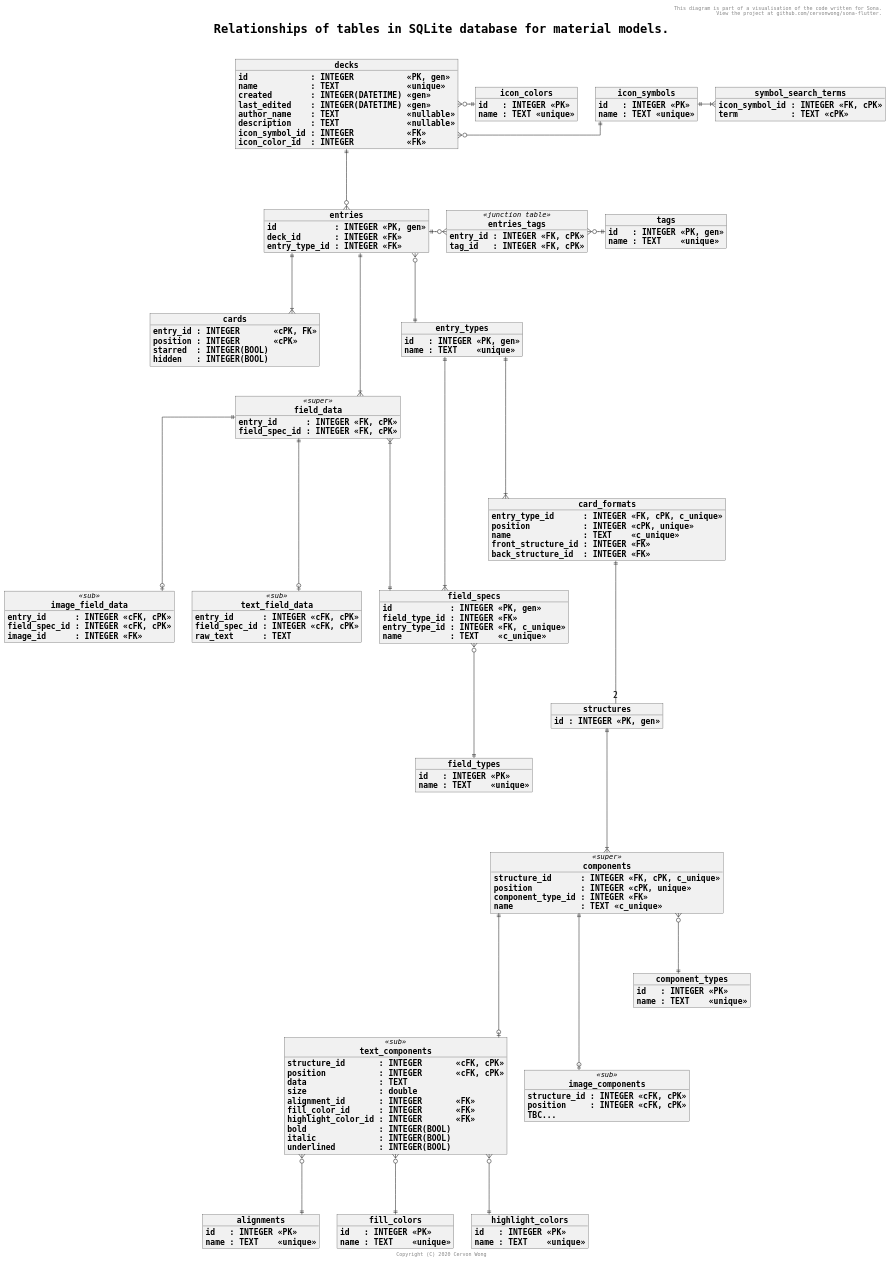
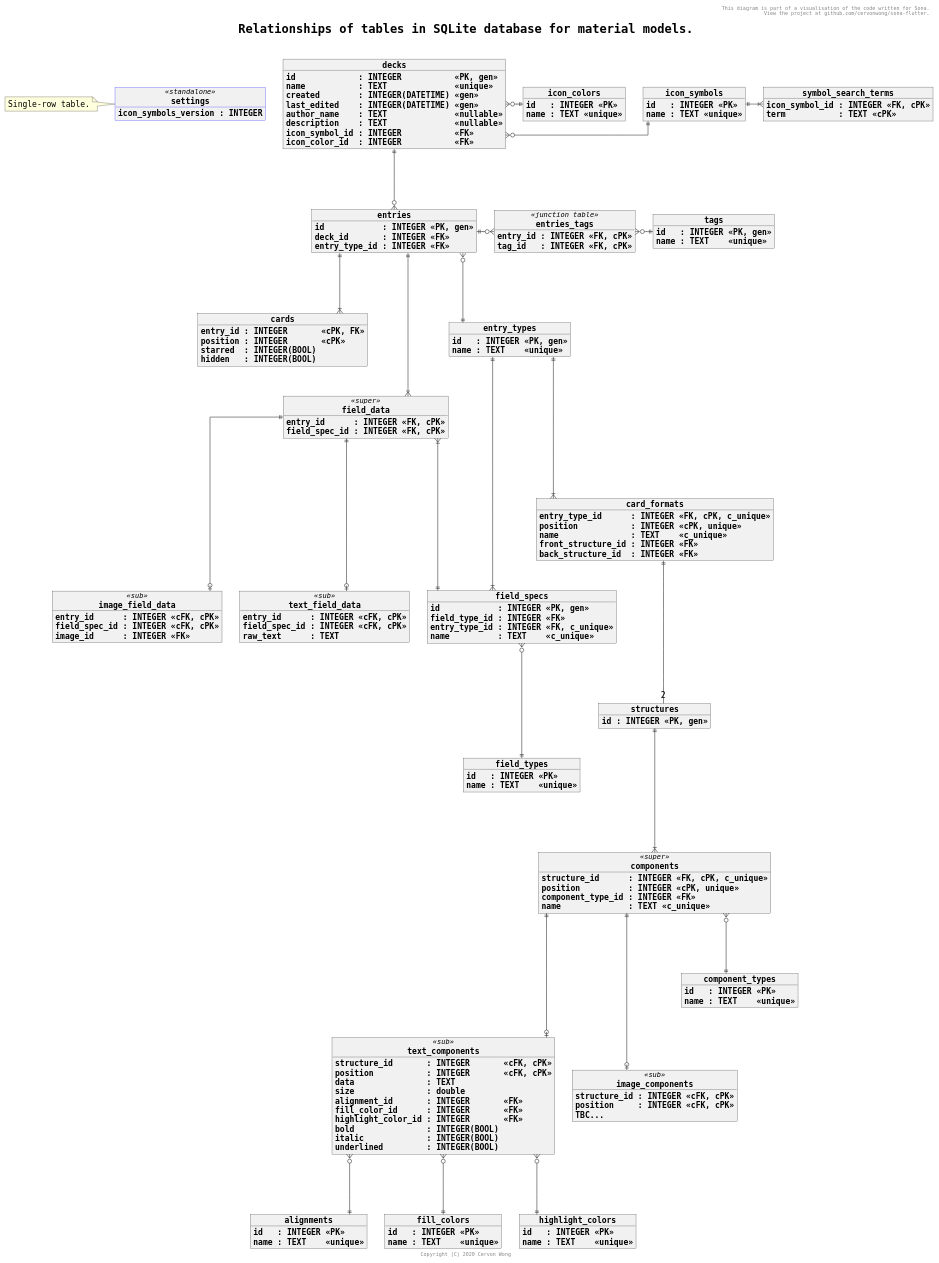
The diagram in puml/material_database.puml (cervonwong/sona-flutter), drawn with PlantUML before and after one commit. The commit also changed 1 other file, not shown here.

Commit message:
Docs(puml): Add settings table

```diff
--- a/puml/material_database.puml
+++ b/puml/material_database.puml
@@ -1,183 +1,192 @@
 @startuml
 
 skinparam wrapWidth 1000
 skinparam defaultFontName Monospaced
 skinparam defaultFontSize 16
 skinparam objectStereotypeFontSize 14
 skinparam titleFontSize 24
 skinparam titleFontStyle bold
 skinparam objectFontStyle bold
+skinparam objectBorderColor<<standalone>> blue
 skinparam linetype ortho
 skinparam shadowing false
 
 header This diagram is part of a visualisation of the code written for Sona.\n View the project at github.com/cervonwong/sona-flutter.
 title Relationships of tables in SQLite database for material models.\n
 footer Copyright (C) 2020 Cervon Wong
+
+object settings <<standalone>> {
+    icon_symbols_version : INTEGER
+}
+
+note left of settings
+    Single-row table.
+endnote
 
 object decks {
 	id             : INTEGER           <<PK, gen>>
 	name           : TEXT              <<unique>>
 	created        : INTEGER(DATETIME) <<gen>>
 	last_edited    : INTEGER(DATETIME) <<gen>>
 	author_name    : TEXT              <<nullable>>
 	description    : TEXT              <<nullable>>
 	icon_symbol_id : INTEGER           <<FK>>
 	icon_color_id  : INTEGER           <<FK>>
 }
 
 object icon_symbols {
 	id   : INTEGER <<PK>>
 	name : TEXT <<unique>>
 }
 
 object icon_colors {
 	id   : INTEGER <<PK>>
 	name : TEXT <<unique>>
 }
 
 object symbol_search_terms {
 	icon_symbol_id : INTEGER <<FK, cPK>>
 	term           : TEXT <<cPK>>
 }
 
 object entries {
 	id            : INTEGER <<PK, gen>>
 	deck_id       : INTEGER <<FK>>
 	entry_type_id : INTEGER <<FK>>
 }
 
 object cards {
 	entry_id : INTEGER       <<cPK, FK>>
 	position : INTEGER       <<cPK>>
 	starred  : INTEGER(BOOL)
 	hidden   : INTEGER(BOOL)
 }
 
 object tags {
 	id   : INTEGER <<PK, gen>>
 	name : TEXT    <<unique>>
 }
 
 object entries_tags <<junction table>> {
 	entry_id : INTEGER <<FK, cPK>>
 	tag_id   : INTEGER <<FK, cPK>>
 }
 
 object field_specs {
 	id            : INTEGER <<PK, gen>>
 	field_type_id : INTEGER <<FK>>
 	entry_type_id : INTEGER <<FK, c_unique>>
 	name          : TEXT    <<c_unique>>
 }
 
 object field_types {
 	id   : INTEGER <<PK>>
 	name : TEXT    <<unique>>
 }
 
 object field_data <<super>> {
 	entry_id      : INTEGER <<FK, cPK>>
     field_spec_id : INTEGER <<FK, cPK>>
     ' Get field_type_id from field_specs table.
 }
 
 object text_field_data <<sub>> {
 	entry_id      : INTEGER <<cFK, cPK>>
     field_spec_id : INTEGER <<cFK, cPK>>
 	raw_text      : TEXT
 }
 
 object image_field_data <<sub>> {
 	entry_id      : INTEGER <<cFK, cPK>>
     field_spec_id : INTEGER <<cFK, cPK>>
 	image_id      : INTEGER <<FK>>
 }
 
 object entry_types {
 	id   : INTEGER <<PK, gen>>
 	name : TEXT    <<unique>>
 }
 
 object card_formats {
 	entry_type_id      : INTEGER <<FK, cPK, c_unique>>
 	position           : INTEGER <<cPK, unique>>
 	name               : TEXT    <<c_unique>>
 	front_structure_id : INTEGER <<FK>>
 	back_structure_id  : INTEGER <<FK>>
 }
 
 object structures {
 	id : INTEGER <<PK, gen>>
 }
 
 object components <<super>> {
 	structure_id      : INTEGER <<FK, cPK, c_unique>>
 	position          : INTEGER <<cPK, unique>>
 	component_type_id : INTEGER <<FK>>
 	name              : TEXT <<c_unique>>
 }
 
 object text_components <<sub>> {
 	structure_id       : INTEGER       <<cFK, cPK>>
 	position           : INTEGER       <<cFK, cPK>>
 	data               : TEXT
 	size               : double
 	alignment_id       : INTEGER       <<FK>>
 	fill_color_id      : INTEGER       <<FK>>
 	highlight_color_id : INTEGER       <<FK>>
 	bold               : INTEGER(BOOL)
 	italic             : INTEGER(BOOL)
 	underlined         : INTEGER(BOOL)
 }
 
 object alignments {
 	id   : INTEGER <<PK>>
 	name : TEXT    <<unique>>
 }
 
 object fill_colors {
 	id   : INTEGER <<PK>>
 	name : TEXT    <<unique>>
 }
 
 object highlight_colors {
 	id   : INTEGER <<PK>>
 	name : TEXT    <<unique>>
 }
 
 object image_components <<sub>> {
 	structure_id : INTEGER <<cFK, cPK>>
     position     : INTEGER <<cFK, cPK>>
     TBC...
 }
 
 object component_types {
 	id   : INTEGER <<PK>>
 	name : TEXT    <<unique>>
 }
 
 decks             }o-||      icon_symbols
 decks             }o-||      icon_colors
 icon_symbols      ||-|{      symbol_search_terms
 decks             ||---o{    entries
 entries           ||---|{    cards
 entries           ||-o{      entries_tags
 entries_tags      }o-||      tags
 field_specs       }o----||   field_types
 field_data        ||----o|   text_field_data
 field_data        ||----o|   image_field_data
 field_data        }|----||   field_specs
 entries           ||----|{   field_data
 entries           }o---||    entry_types
 entry_types       ||----|{   field_specs
 entry_types       ||----|{   card_formats
 card_formats      ||---- "2" structures
 structures        ||----|{   components
 components        }o---||    component_types
 components        ||----o|   text_components
 components        ||----o|   image_components
 text_components   }o---||    alignments
 text_components   }o---||    fill_colors
 text_components   }o---||    highlight_colors
 
 @enduml
```
